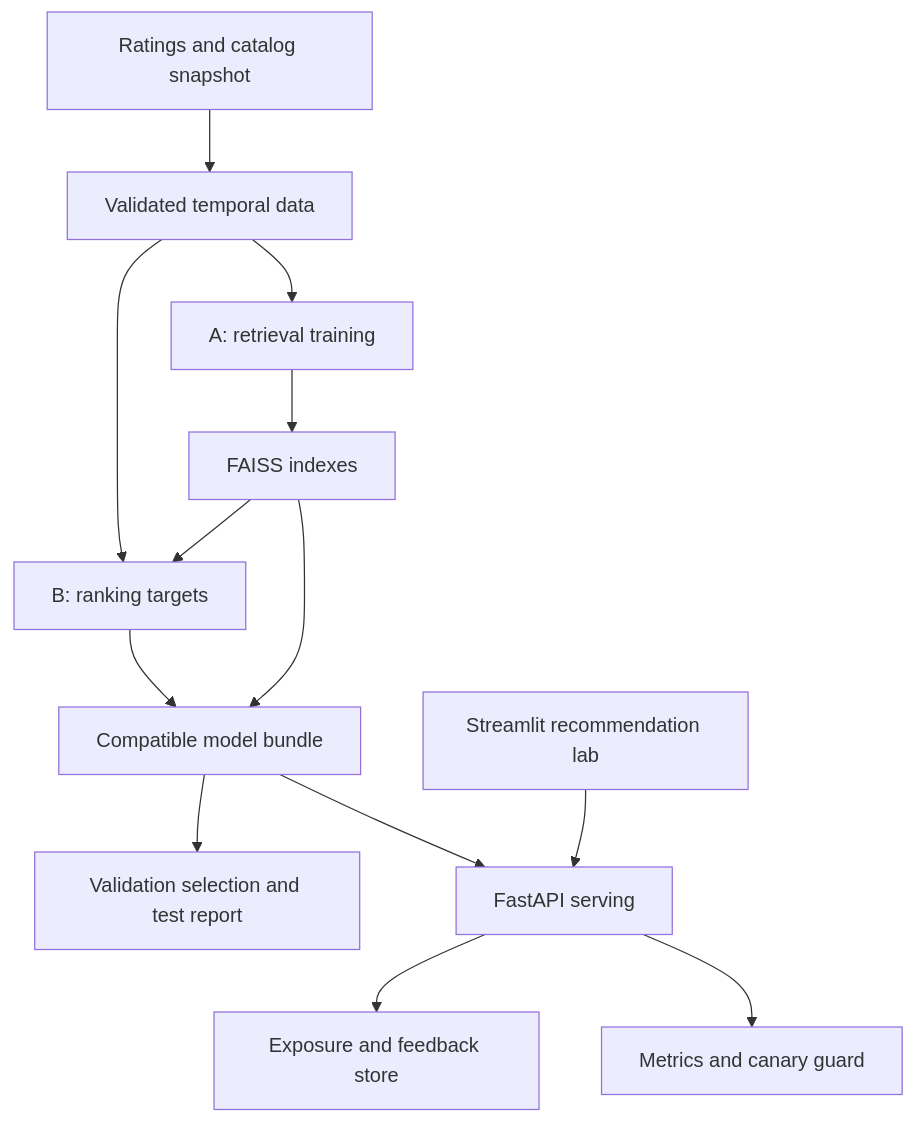
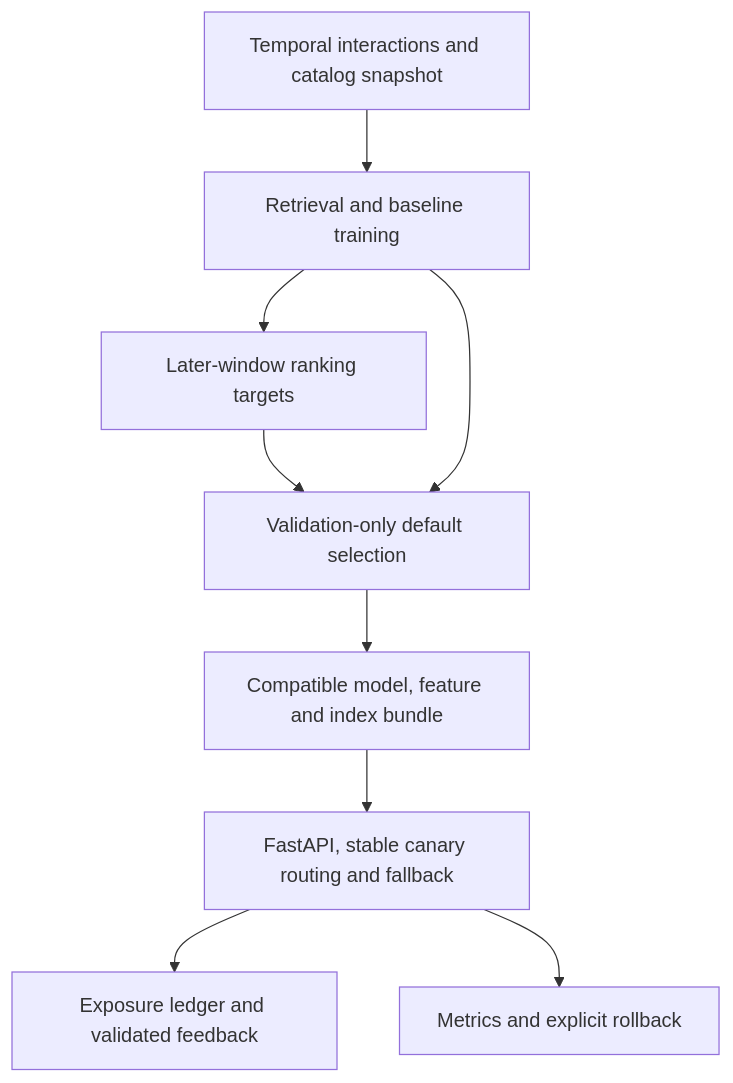
One commit to Jill-Vekariya/atlas-recsys changed the diagram in README.md. Above: the diagram before and after it, drawn with Mermaid. The commit also changed other lines of this file, not shown here.

````diff
--- a/README.md
+++ b/README.md
@@ -224,15 +13,11 @@
 ```mermaid
 flowchart TD
-    D["Ratings and catalog snapshot"] --> P["Validated temporal data"]
-    P --> T["A: retrieval training"]
-    T --> I["FAISS indexes"]
-    P --> R["B: ranking targets"]
-    I --> R
-    R --> B["Compatible model bundle"]
-    I --> B
-    B --> E["Validation selection and test report"]
-    B --> A["FastAPI serving"]
-    U["Streamlit recommendation lab"] --> A
-    A --> F["Exposure and feedback store"]
-    A --> M["Metrics and canary guard"]
+  D["Temporal interactions and catalog snapshot"] --> T["Retrieval and baseline training"]
+  T --> R["Later-window ranking targets"]
+  R --> V["Validation-only default selection"]
+  T --> V
+  V --> B["Compatible model, feature and index bundle"]
+  B --> A["FastAPI, stable canary routing and fallback"]
+  A --> F["Exposure ledger and validated feedback"]
+  A --> M["Metrics and explicit rollback"]
 ```
````
